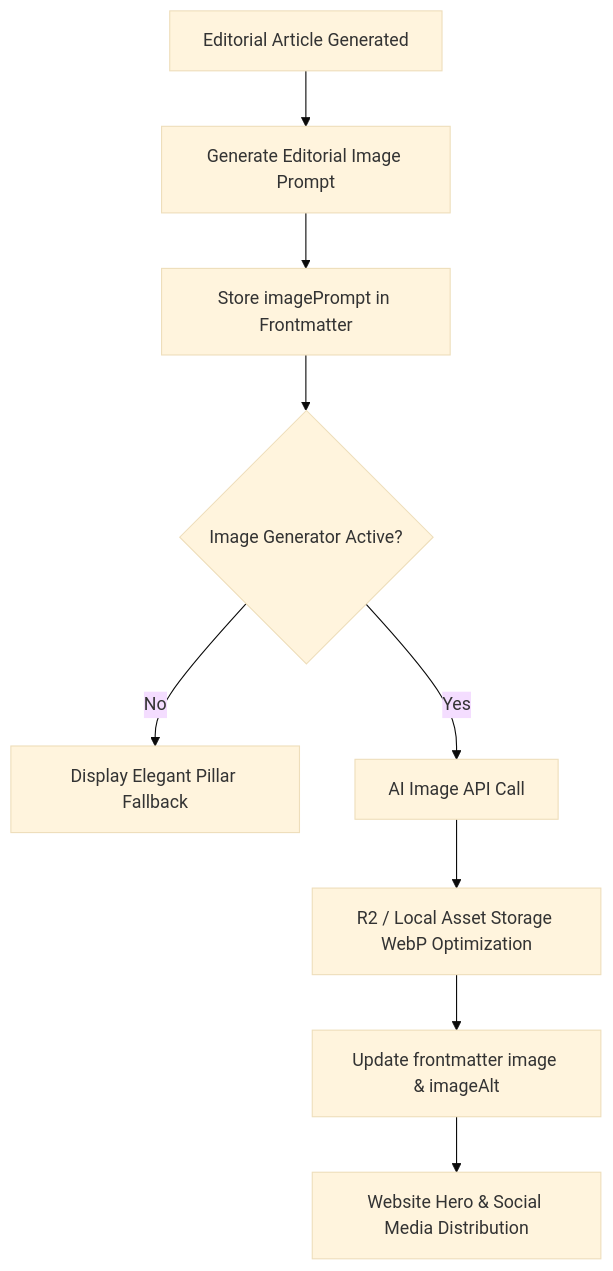
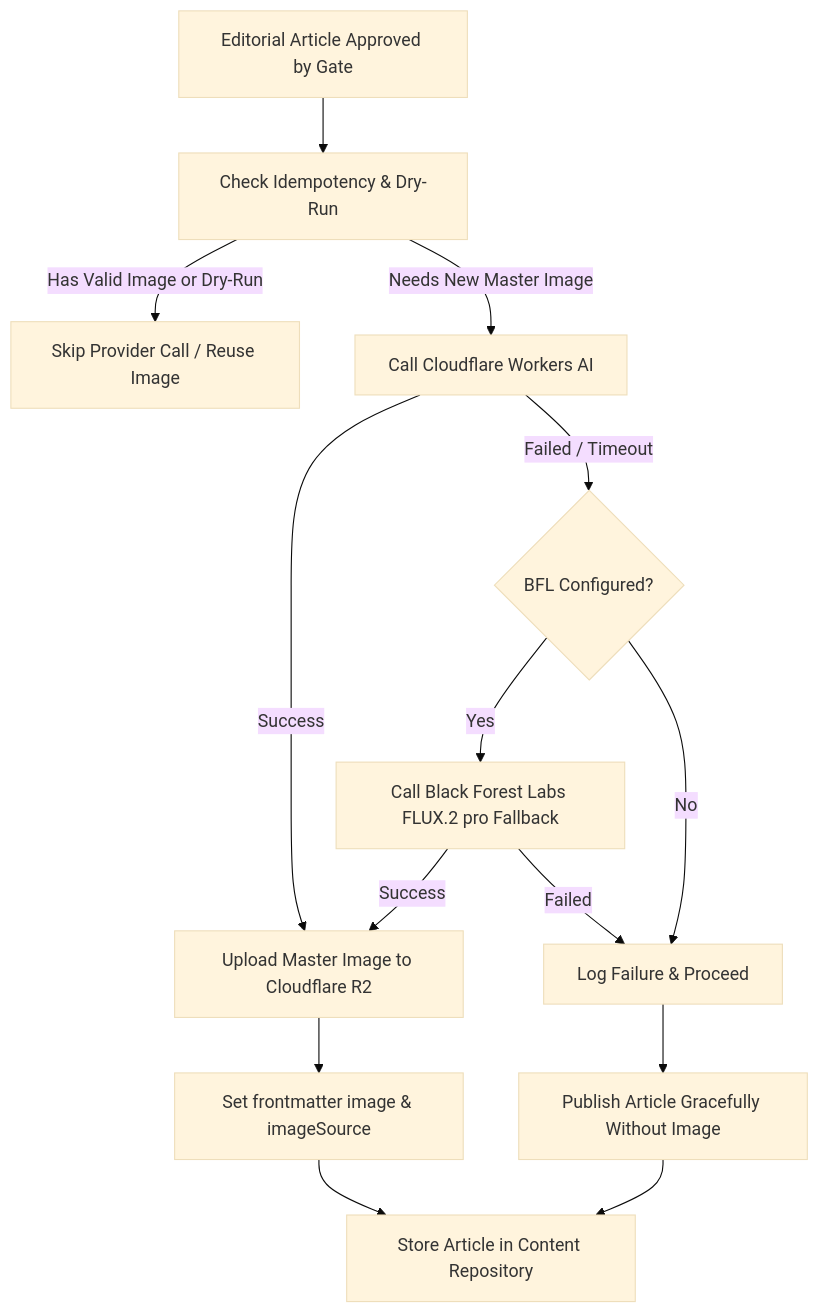
Before and after one commit to Peterson1979/lifemode: the diagram in docs/editorial-images.md, drawn with Mermaid (base theme). The commit also changed other lines of this file and 56 other files, not shown here.

````diff
--- a/docs/editorial-images.md
+++ b/docs/editorial-images.md
@@ -117,11 +121,16 @@
 ```mermaid
 graph TD
-    A[Editorial Article Generated] --> B[Generate Editorial Image Prompt]
-    B --> C[Store imagePrompt in Frontmatter]
-    C --> D{Image Generator Active?}
-    D -- No --> E[Display Elegant Pillar Fallback]
-    D -- Yes --> F[AI Image API Call]
-    F --> G[R2 / Local Asset Storage WebP Optimization]
-    G --> H[Update frontmatter image & imageAlt]
-    H --> I[Website Hero & Social Media Distribution]
+    A[Editorial Article Approved by Gate] --> B[Check Idempotency & Dry-Run]
+    B -- Has Valid Image or Dry-Run --> C[Skip Provider Call / Reuse Image]
+    B -- Needs New Master Image --> D[Call Cloudflare Workers AI]
+    D -- Success --> G[Upload Master Image to Cloudflare R2]
+    D -- Failed / Timeout --> E{BFL Configured?}
+    E -- Yes --> F[Call Black Forest Labs FLUX.2 pro Fallback]
+    E -- No --> H[Log Failure & Proceed]
+    F -- Success --> G
+    F -- Failed --> H
+    G --> I[Set frontmatter image & imageSource]
+    H --> J[Publish Article Gracefully Without Image]
+    I --> K[Store Article in Content Repository]
+    J --> K
 ```
````
